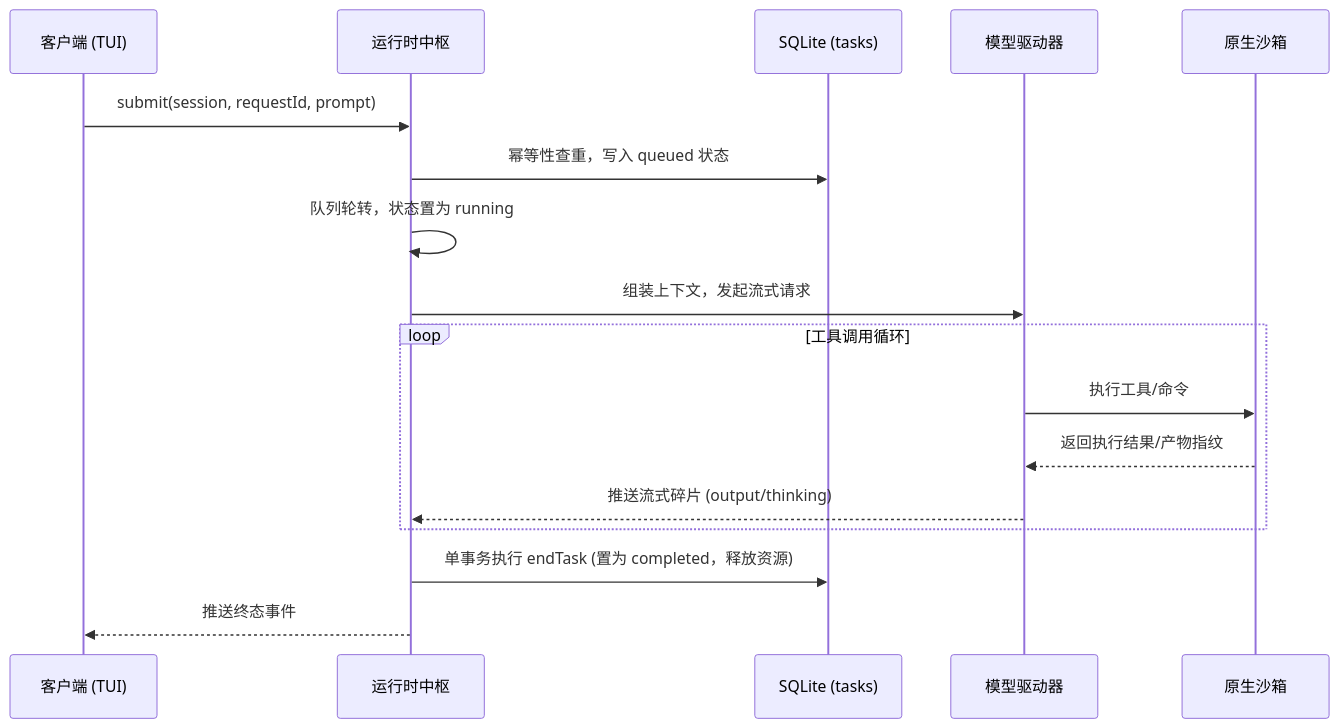
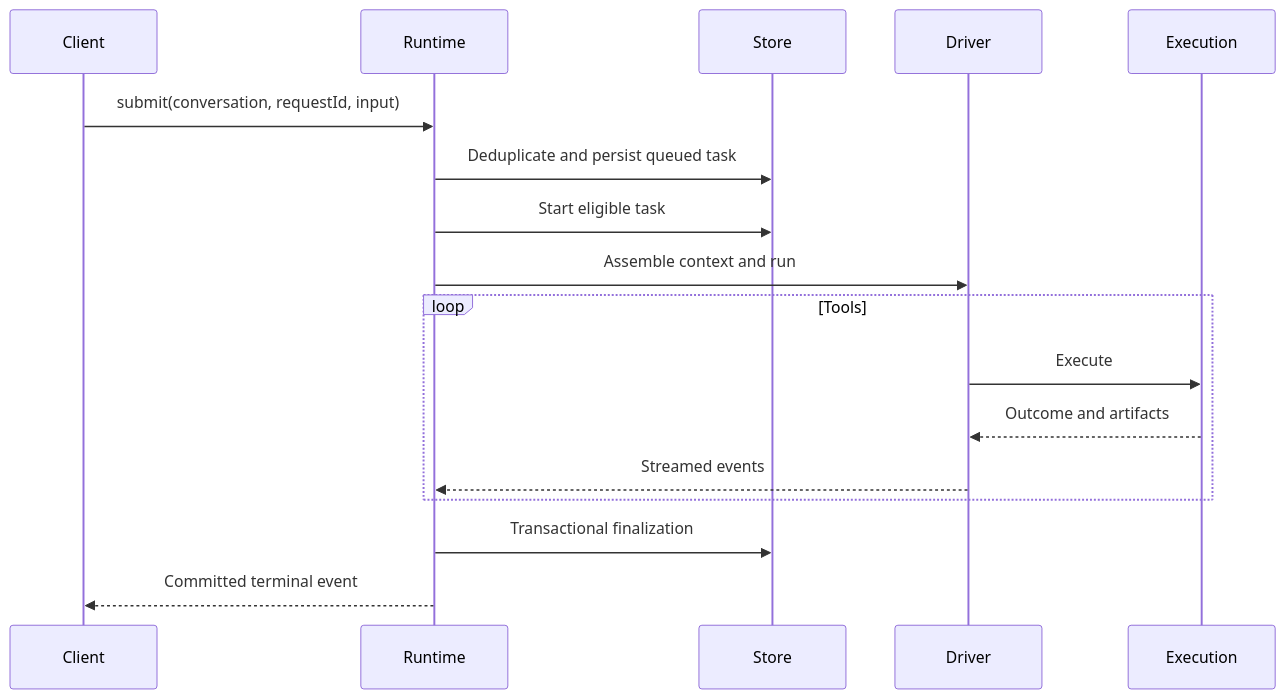
Before and after one commit to num-lab/Ruukoto: the second of 2 diagrams in docs/modules/runtime.md, drawn with Mermaid. The commit also changed other lines of this file and 3987 other files, not shown here.

````diff
--- a/docs/modules/runtime.md
+++ b/docs/modules/runtime.md
@@ -96,20 +55,19 @@
 ```mermaid
 sequenceDiagram
-  participant Client as 客户端 (TUI)
-  participant Runtime as 运行时中枢
-  participant Store as SQLite (tasks)
-  participant Driver as 模型驱动器
-  participant Execution as 原生沙箱
-
-  Client->>Runtime: submit(session, requestId, prompt)
-  Runtime->>Store: 幂等性查重，写入 queued 状态
-  Runtime->>Runtime: 队列轮转，状态置为 running
-  Runtime->>Driver: 组装上下文，发起流式请求
-  loop 工具调用循环
-    Driver->>Execution: 执行工具/命令
-    Execution-->>Driver: 返回执行结果/产物指纹
-    Driver-->>Runtime: 推送流式碎片 (output/thinking)
+  participant Client
+  participant Runtime
+  participant Store
+  participant Driver
+  participant Execution
+  Client->>Runtime: submit(conversation, requestId, input)
+  Runtime->>Store: Deduplicate and persist queued task
+  Runtime->>Store: Start eligible task
+  Runtime->>Driver: Assemble context and run
+  loop Tools
+    Driver->>Execution: Execute
+    Execution-->>Driver: Outcome and artifacts
+    Driver-->>Runtime: Streamed events
   end
-  Runtime->>Store: 单事务执行 endTask (置为 completed，释放资源)
-  Runtime-->>Client: 推送终态事件
+  Runtime->>Store: Transactional finalization
+  Runtime-->>Client: Committed terminal event
 ```
````
